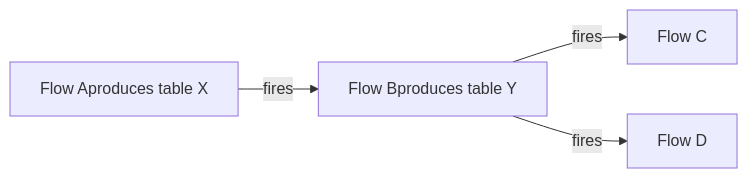
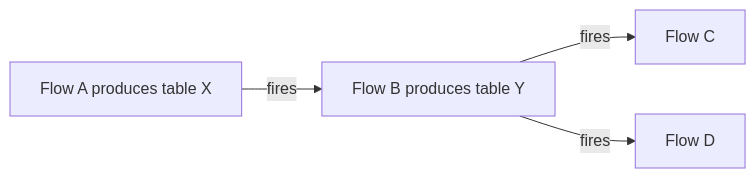
One commit to Edwardvaneechoud/Flowfile changed the second of 2 diagrams in docs/users/visual-editor/catalog/virtual-tables.md. Above: the diagram before and after it, drawn with Mermaid. The commit also changed other lines of this file and 102 other files, not shown here.

````diff
--- a/docs/users/visual-editor/catalog/virtual-tables.md
+++ b/docs/users/visual-editor/catalog/virtual-tables.md
@@ -157,6 +148,6 @@
 ```mermaid
 flowchart LR
-    A[Flow Aproduces table X] -->|fires| B[Flow Bproduces table Y]
+    A[Flow A produces table X] -->|fires| B[Flow B produces table Y]
     B -->|fires| C[Flow C]
     B -->|fires| D[Flow D]
 ```
````
